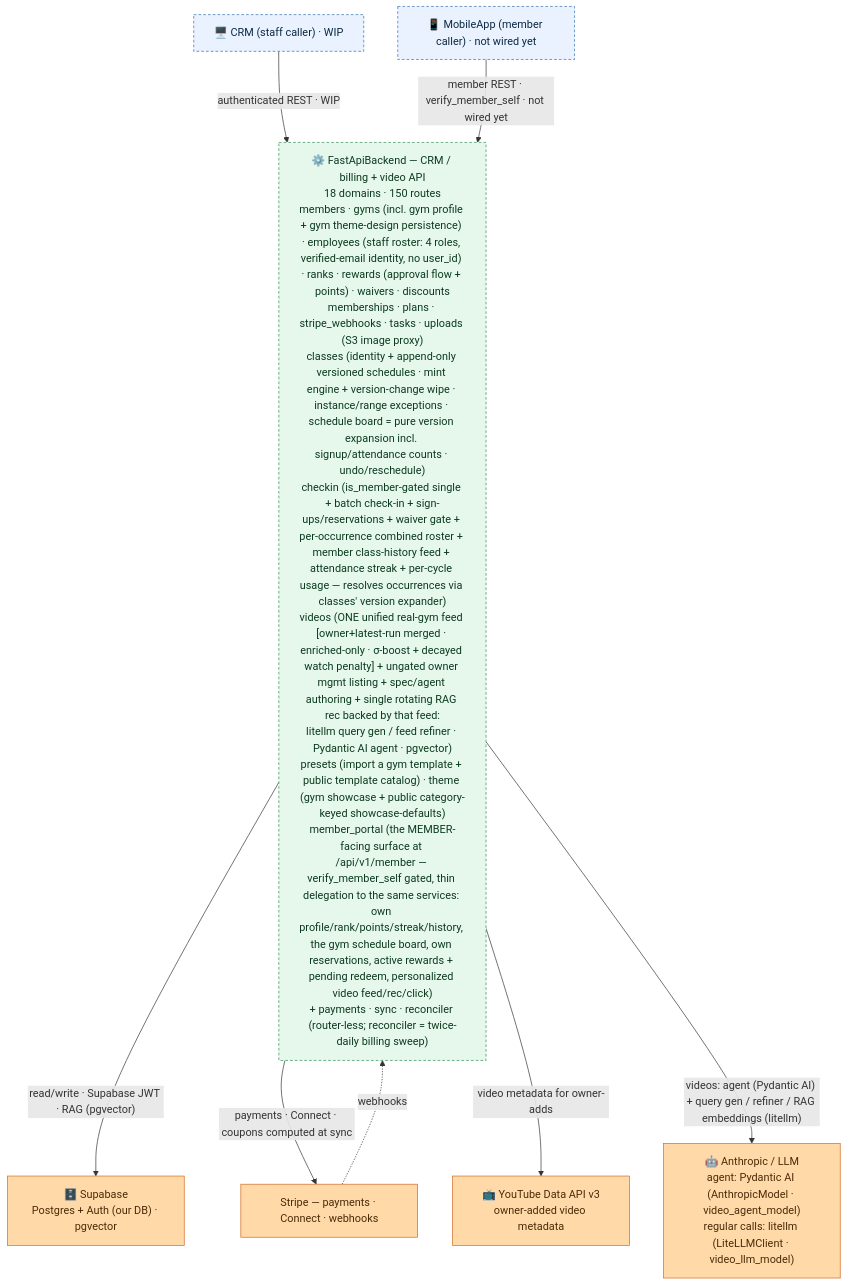
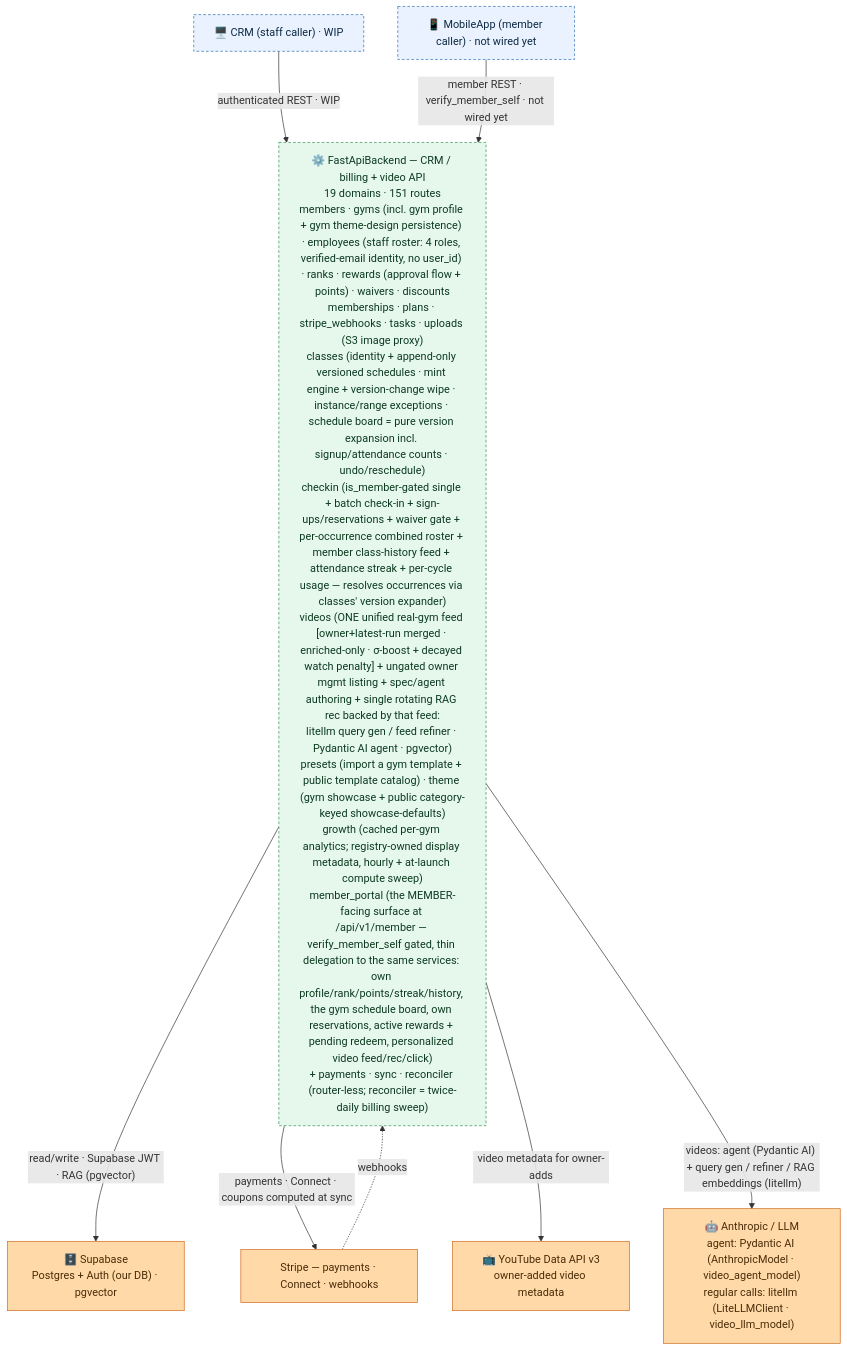
One commit to jesse51002/CombatDen changed the diagram in FastApiBackend/README.md. Above: the diagram before and after it, drawn with Mermaid. The commit also changed other lines of this file and 187 other files, not shown here.

First line of the commit message:
Growth page: live per-gym analytics + dormant member status (#57)

````diff
--- a/FastApiBackend/README.md
+++ b/FastApiBackend/README.md
@@ -16,26 +16,26 @@
 ```mermaid
 flowchart TB
   CRM["🖥️ CRM (staff caller) · WIP"]
   MobileApp["📱 MobileApp (member caller) · not wired yet"]
-  FB["⚙️ FastApiBackend — CRM / billing + video API<br/>18 domains · 150 routes<br/>members · gyms (incl. gym profile + gym theme-design persistence) · employees (staff roster: 4 roles, verified-email identity, no user_id) · ranks · rewards (approval flow + points) · waivers · discounts<br/>memberships · plans · stripe_webhooks · tasks · uploads (S3 image proxy)<br/>classes (identity + append-only versioned schedules · mint engine + version-change wipe · instance/range exceptions · schedule board = pure version expansion incl. signup/attendance counts · undo/reschedule)<br/>checkin (is_member-gated single + batch check-in + sign-ups/reservations + waiver gate + per-occurrence combined roster + member class-history feed + attendance streak + per-cycle usage — resolves occurrences via classes' version expander)<br/>videos (ONE unified real-gym feed [owner+latest-run merged · enriched-only · σ-boost + decayed watch penalty] + ungated owner mgmt listing + spec/agent authoring + single rotating RAG rec backed by that feed:<br/>litellm query gen / feed refiner · Pydantic AI agent · pgvector)<br/>presets (import a gym template + public template catalog) · theme (gym showcase + public category-keyed showcase-defaults)<br/>member_portal (the MEMBER-facing surface at /api/v1/member — verify_member_self gated, thin delegation to the same services: own profile/rank/points/streak/history, the gym schedule board, own reservations, active rewards + pending redeem, personalized video feed/rec/click)<br/>+ payments · sync · reconciler (router-less; reconciler = twice-daily billing sweep)"]
+  FB["⚙️ FastApiBackend — CRM / billing + video API<br/>19 domains · 151 routes<br/>members · gyms (incl. gym profile + gym theme-design persistence) · employees (staff roster: 4 roles, verified-email identity, no user_id) · ranks · rewards (approval flow + points) · waivers · discounts<br/>memberships · plans · stripe_webhooks · tasks · uploads (S3 image proxy)<br/>classes (identity + append-only versioned schedules · mint engine + version-change wipe · instance/range exceptions · schedule board = pure version expansion incl. signup/attendance counts · undo/reschedule)<br/>checkin (is_member-gated single + batch check-in + sign-ups/reservations + waiver gate + per-occurrence combined roster + member class-history feed + attendance streak + per-cycle usage — resolves occurrences via classes' version expander)<br/>videos (ONE unified real-gym feed [owner+latest-run merged · enriched-only · σ-boost + decayed watch penalty] + ungated owner mgmt listing + spec/agent authoring + single rotating RAG rec backed by that feed:<br/>litellm query gen / feed refiner · Pydantic AI agent · pgvector)<br/>presets (import a gym template + public template catalog) · theme (gym showcase + public category-keyed showcase-defaults)<br/>growth (cached per-gym analytics; registry-owned display metadata, hourly + at-launch compute sweep)<br/>member_portal (the MEMBER-facing surface at /api/v1/member — verify_member_self gated, thin delegation to the same services: own profile/rank/points/streak/history, the gym schedule board, own reservations, active rewards + pending redeem, personalized video feed/rec/click)<br/>+ payments · sync · reconciler (router-less; reconciler = twice-daily billing sweep)"]
   Supabase["🗄️ Supabase<br/>Postgres + Auth (our DB) · pgvector"]
   Stripe["Stripe — payments · Connect · webhooks"]
   YouTube["📺 YouTube Data API v3<br/>owner-added video metadata"]
   LLMProvider["🤖 Anthropic / LLM<br/>agent: Pydantic AI (AnthropicModel · video_agent_model)<br/>regular calls: litellm (LiteLLMClient · video_llm_model)"]
   CRM -->|"authenticated REST · WIP"| FB
   MobileApp -->|"member REST · verify_member_self · not wired yet"| FB
   FB -->|"read/write · Supabase JWT · RAG (pgvector)"| Supabase
   FB -->|"payments · Connect · coupons computed at sync"| Stripe
   Stripe -.->|"webhooks"| FB
   FB -->|"video metadata for owner-adds"| YouTube
   FB -->|"videos: agent (Pydantic AI) + query gen / refiner / RAG embeddings (litellm)"| LLMProvider
   classDef client fill:#eaf2ff,stroke:#2f6fb0,color:#0b2942;
   classDef svc fill:#e6f7ec,stroke:#2f8f53,color:#0c3a1f;
   classDef ext fill:#ffd9a8,stroke:#d2691e,color:#4a2c08;
   class CRM,MobileApp client;
   class FB svc;
   class Supabase,Stripe,YouTube,LLMProvider ext;
   style CRM stroke-dasharray:4 3;
   style MobileApp stroke-dasharray:4 3;
   style FB stroke-dasharray:4 3;
 ```
````
